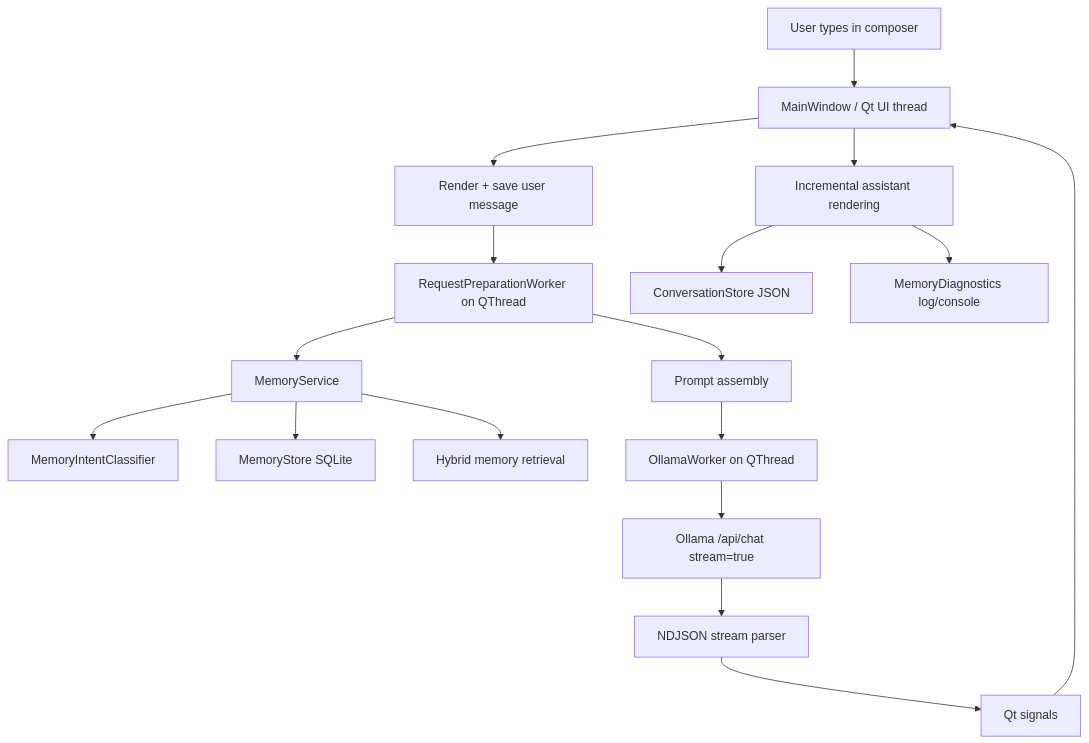
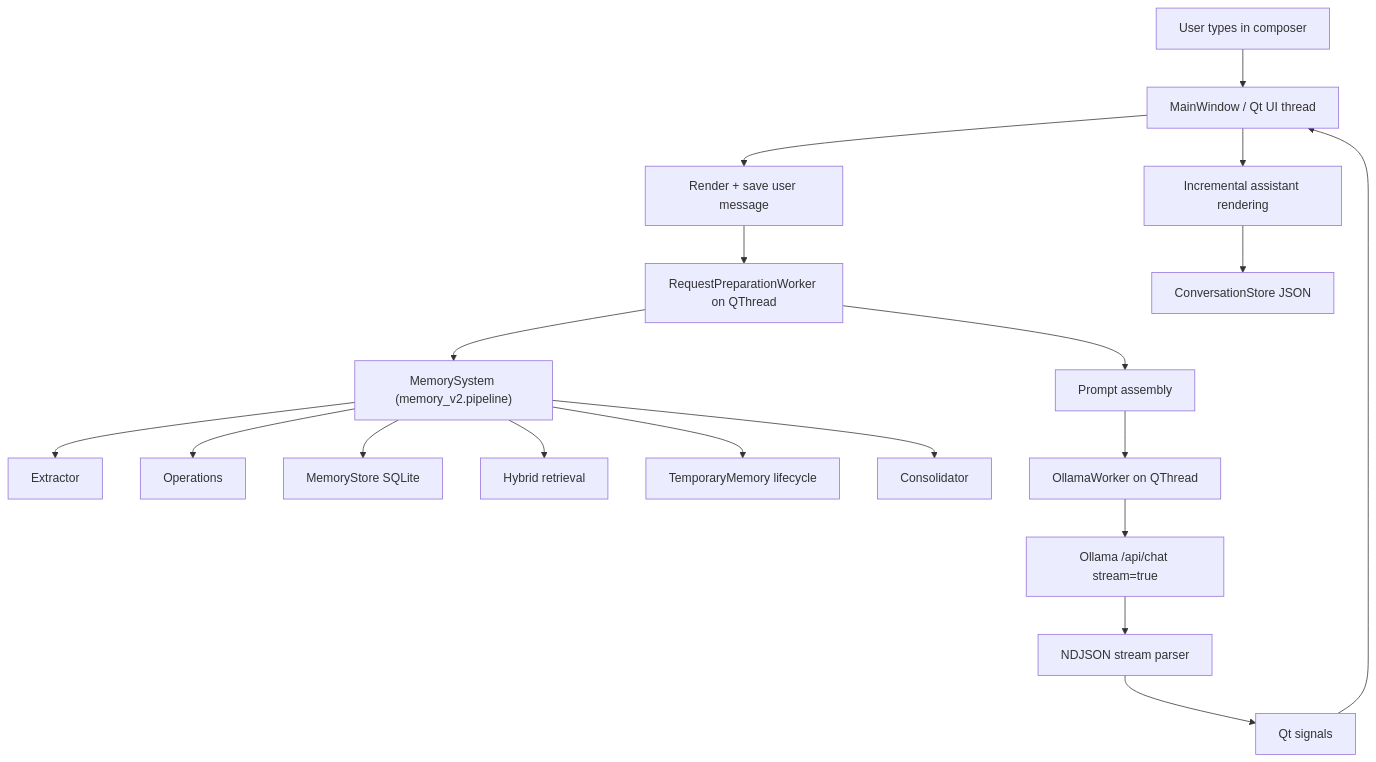
One commit to JaeViolet/VioletAI changed the diagram in docs/DEVELOPER_HANDOFF.md. Above: the diagram before and after it, drawn with Mermaid. The commit also changed other lines of this file and 32 other files, not shown here.

````diff
--- a/docs/DEVELOPER_HANDOFF.md
+++ b/docs/DEVELOPER_HANDOFF.md
@@ -92,23 +96,25 @@
 ```mermaid
 flowchart TD
     User["User types in composer"] --> UI["MainWindow / Qt UI thread"]
     UI --> SaveUser["Render + save user message"]
     SaveUser --> PrepThread["RequestPreparationWorker on QThread"]
 
-    PrepThread --> MemoryService["MemoryService"]
-    MemoryService --> Intent["MemoryIntentClassifier"]
-    MemoryService --> Store["MemoryStore SQLite"]
-    MemoryService --> Retrieval["Hybrid memory retrieval"]
+    PrepThread --> MemorySystem["MemorySystem (memory_v2.pipeline)"]
+    MemorySystem --> Extractor["Extractor"]
+    MemorySystem --> Operations["Operations"]
+    MemorySystem --> Store["MemoryStore SQLite"]
+    MemorySystem --> Retriever["Hybrid retrieval"]
+    MemorySystem --> Temporary["TemporaryMemory lifecycle"]
+    MemorySystem --> Consolidator["Consolidator"]
 
     PrepThread --> Prompt["Prompt assembly"]
     Prompt --> OllamaThread["OllamaWorker on QThread"]
     OllamaThread --> Ollama["Ollama /api/chat stream=true"]
 
     Ollama --> Stream["NDJSON stream parser"]
     Stream --> Signals["Qt signals"]
     Signals --> UI
 
     UI --> Render["Incremental assistant rendering"]
     Render --> Persist["ConversationStore JSON"]
-    Render --> Diagnostics["MemoryDiagnostics log/console"]
 ```
````
